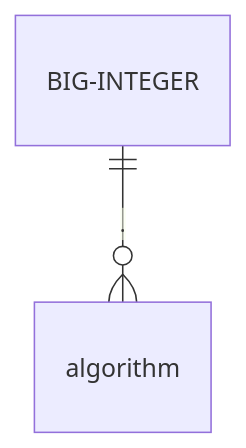
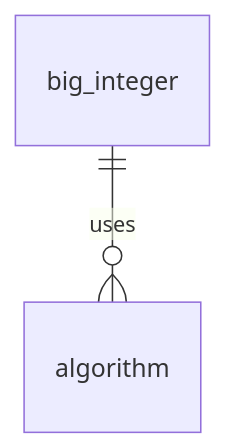
The diagram in test3.md (Eczbek/Eczbek), drawn with Mermaid before and after one commit.

````diff
--- a/test3.md
+++ b/test3.md
@@ -1,4 +1,4 @@
 ```mermaid
   erDiagram
-      BIG-INTEGER ||--o{ algorithm : .
+      big_integer ||--o{ algorithm : uses
 ```
````
